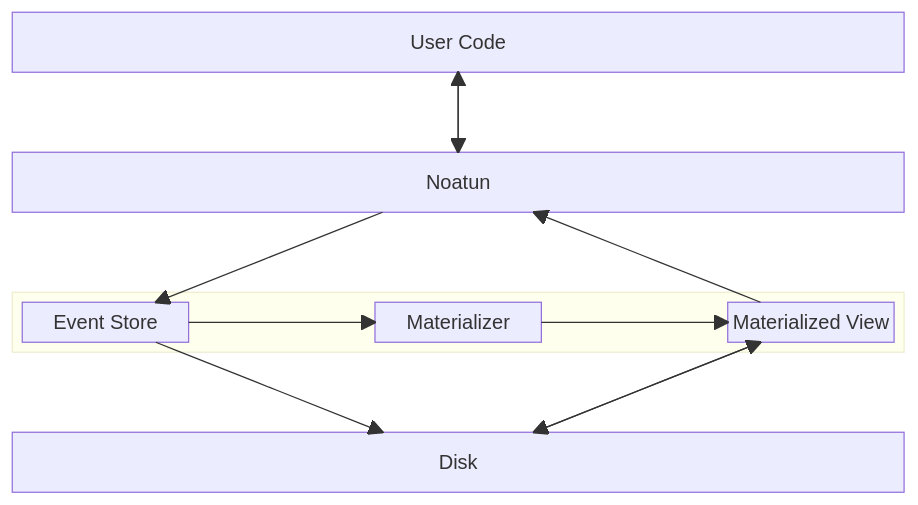
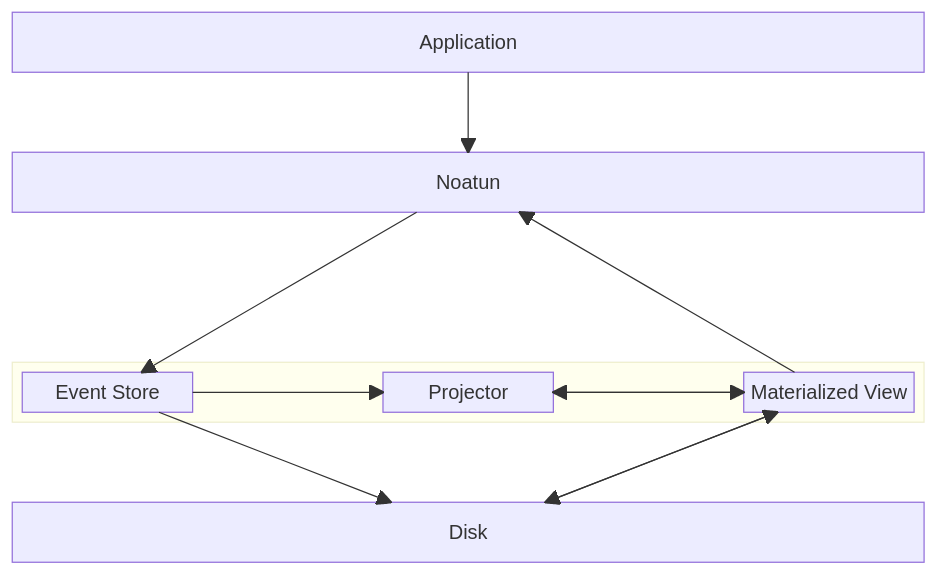
The first of 6 diagrams in book/book.md (avl/noatun), drawn with Mermaid before and after one commit. The commit also changed other lines of this file and 3 other files, not shown here.

````diff
--- a/book/book.md
+++ b/book/book.md
@@ -28,26 +33,27 @@
 ```mermaid
 block-beta
-columns 1
-    U["User Code"]
-    space
-    Noatun
-    space
-    block:ID
+columns 3
+    U["Application"]:3
+    space:3
+    Noatun:3
+    space:3
+    space:3
+    block:ID:3
       E["Event Store"]
       space
-      Materializer
+      Projector
       space
       M["Materialized View"]
     end
-    space
-    Disk
+    space:3
+    Disk:3
     U --> Noatun
-    Noatun --> U
     Noatun --> E
     M --> Noatun
-    E --> Materializer
-    Materializer --> M
+    E --> Projector
+    Projector --> M
+    M --> Projector
     E --> Disk
     M --> Disk
     Disk --> M
 ```
````
